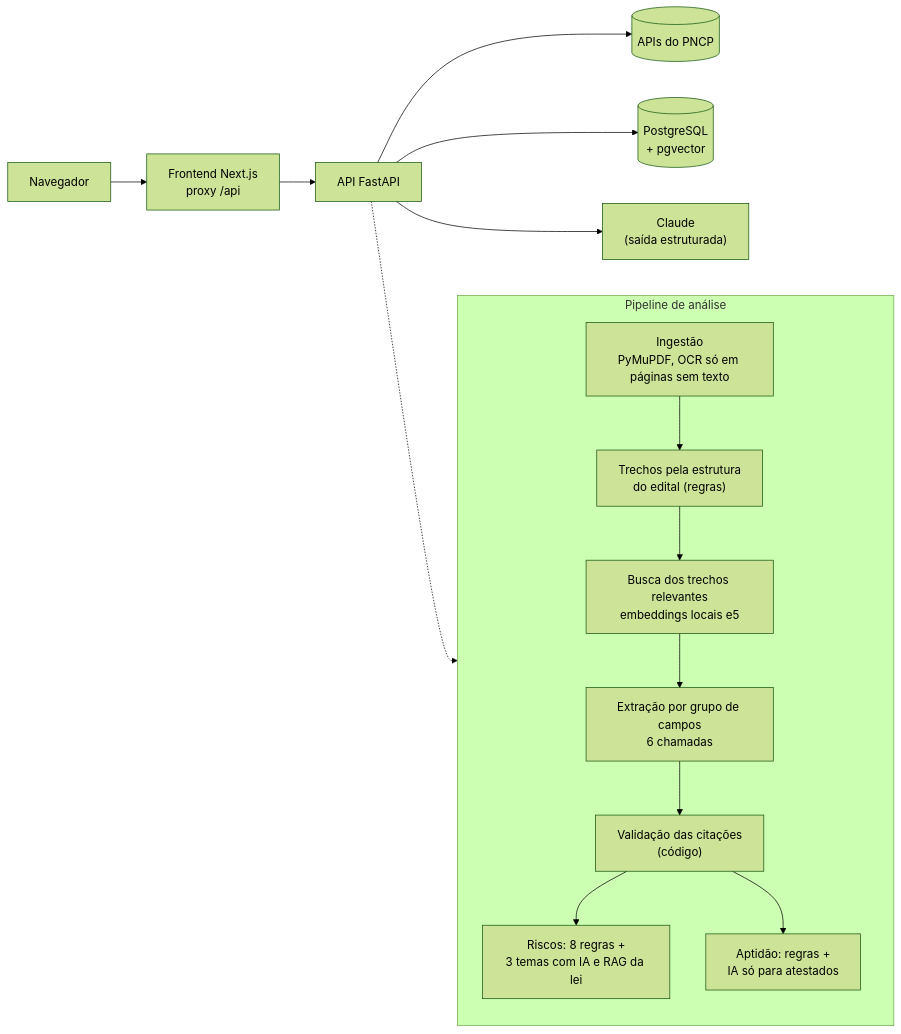
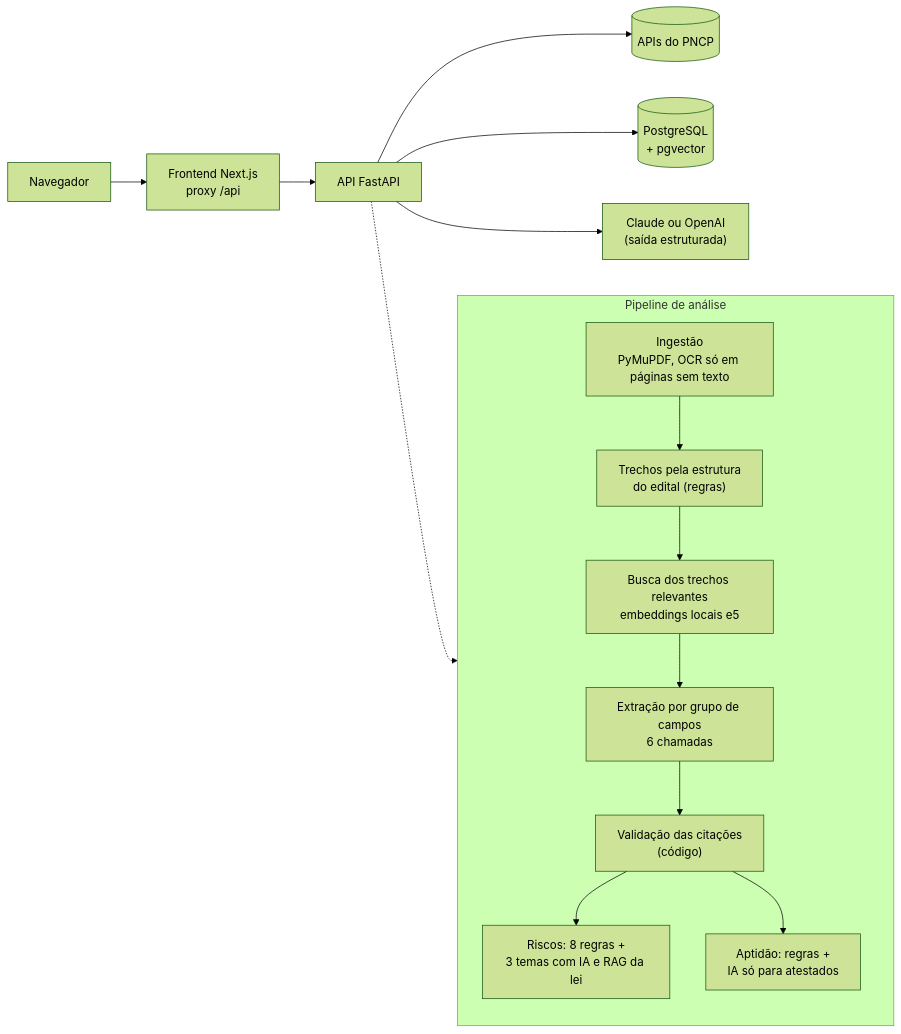
Before and after one commit to BiancaVolpato/edital-claro: the diagram in README.md, drawn with Mermaid (forest theme). The commit also changed other lines of this file and 19 other files, not shown here.

First line of the commit message:
feat(llm): OpenAI as a second LLM provider

````diff
--- a/README.md
+++ b/README.md
@@ -86,19 +86,19 @@
 ```mermaid
 flowchart LR
     U[Navegador] --> FE["Frontend Next.js<br/>proxy /api"]
     FE --> API[API FastAPI]
     API --> PNCP[(APIs do PNCP)]
     API --> DB[("PostgreSQL<br/>+ pgvector")]
-    API --> LLM["Claude<br/>(saída estruturada)"]
+    API --> LLM["Claude ou OpenAI<br/>(saída estruturada)"]
 
     subgraph P["Pipeline de análise"]
         direction TB
         I["Ingestão<br/>PyMuPDF, OCR só em páginas sem texto"] --> C["Trechos pela estrutura<br/>do edital (regras)"]
         C --> E["Busca dos trechos relevantes<br/>embeddings locais e5"]
         E --> X["Extração por grupo de campos<br/>6 chamadas"]
         X --> V["Validação das citações<br/>(código)"]
         V --> R["Riscos: 8 regras +<br/>3 temas com IA e RAG da lei"]
         V --> A["Aptidão: regras +<br/>IA só para atestados"]
     end
     API -.-> I
 ```
````
